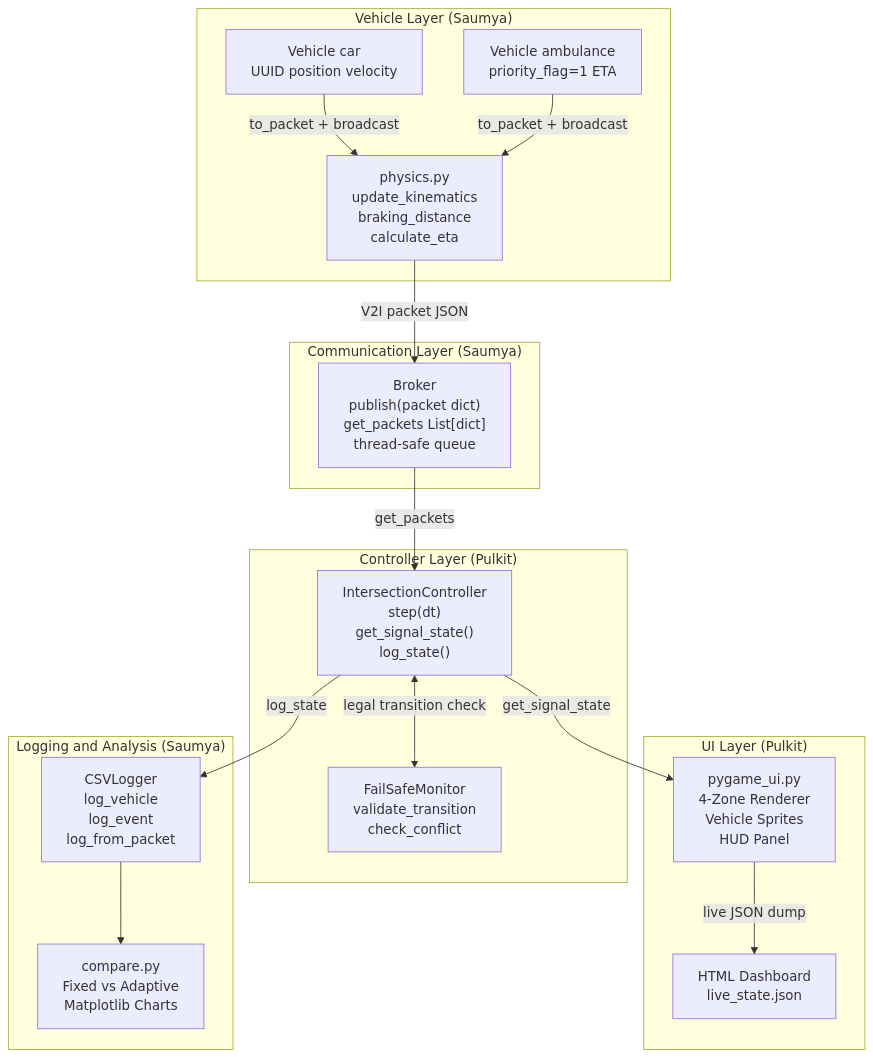
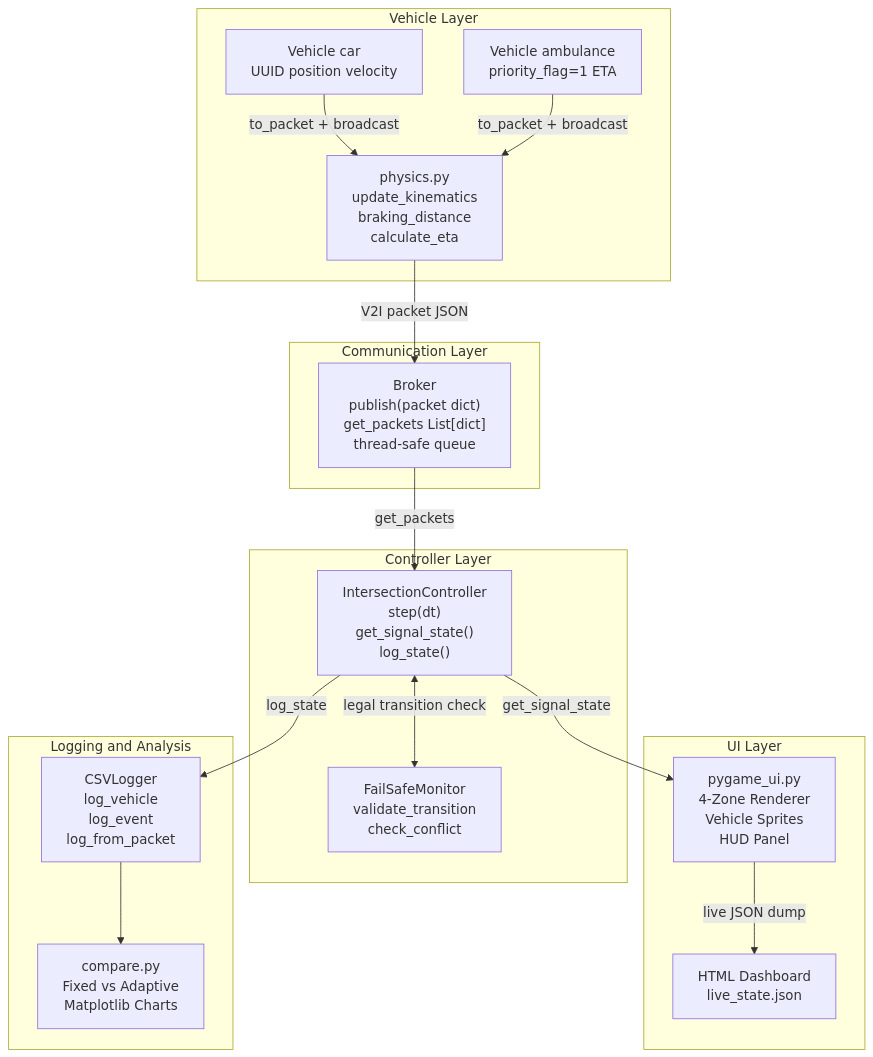
One commit to CodingXMechanic/Life-Link-Smart-Traffic-System changed the diagram in assets/diagrams/architecture_mermaid.mmd. Above: the diagram before and after it, drawn with Mermaid. The commit also changed 5 other files, not shown here.

Commit message:
Updated architecture diagrams, integration docs, notebook demo, and project documentation

```diff
--- a/assets/diagrams/architecture_mermaid.mmd
+++ b/assets/diagrams/architecture_mermaid.mmd
@@ -1,34 +1,34 @@
 graph TB
-    subgraph Vehicles["Vehicle Layer (Saumya)"]
+    subgraph Vehicles["Vehicle Layer"]
         V1["Vehicle car\nUUID position velocity"]
         V2["Vehicle ambulance\npriority_flag=1 ETA"]
         PHY["physics.py\nupdate_kinematics\nbraking_distance\ncalculate_eta"]
         V1 & V2 -->|to_packet + broadcast| PHY
     end
 
-    subgraph Comm["Communication Layer (Saumya)"]
+    subgraph Comm["Communication Layer"]
         BRK["Broker\npublish(packet dict)\nget_packets List[dict]\nthread-safe queue"]
     end
 
-    subgraph Controller["Controller Layer (Pulkit)"]
+    subgraph Controller["Controller Layer"]
         CTRL["IntersectionController\nstep(dt)\nget_signal_state()\nlog_state()"]
         FS["FailSafeMonitor\nvalidate_transition\ncheck_conflict"]
         CTRL <-->|legal transition check| FS
     end
 
-    subgraph UI["UI Layer (Pulkit)"]
+    subgraph UI["UI Layer"]
         PG["pygame_ui.py\n4-Zone Renderer\nVehicle Sprites\nHUD Panel"]
         HTML["HTML Dashboard\nlive_state.json"]
     end
 
-    subgraph Logging["Logging and Analysis (Saumya)"]
+    subgraph Logging["Logging and Analysis"]
         LOG["CSVLogger\nlog_vehicle\nlog_event\nlog_from_packet"]
         ANA["compare.py\nFixed vs Adaptive\nMatplotlib Charts"]
     end
 
     PHY -->|V2I packet JSON| BRK
     BRK -->|get_packets| CTRL
     CTRL -->|get_signal_state| PG
     CTRL -->|log_state| LOG
     PG -->|live JSON dump| HTML
     LOG --> ANA
```
